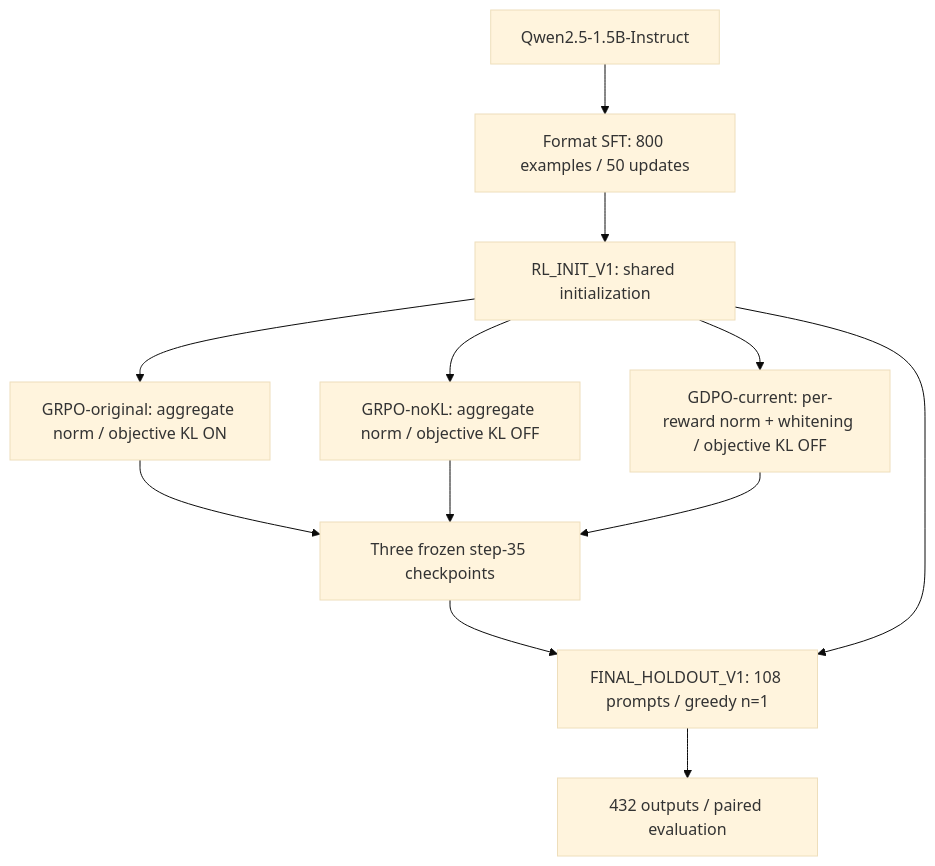
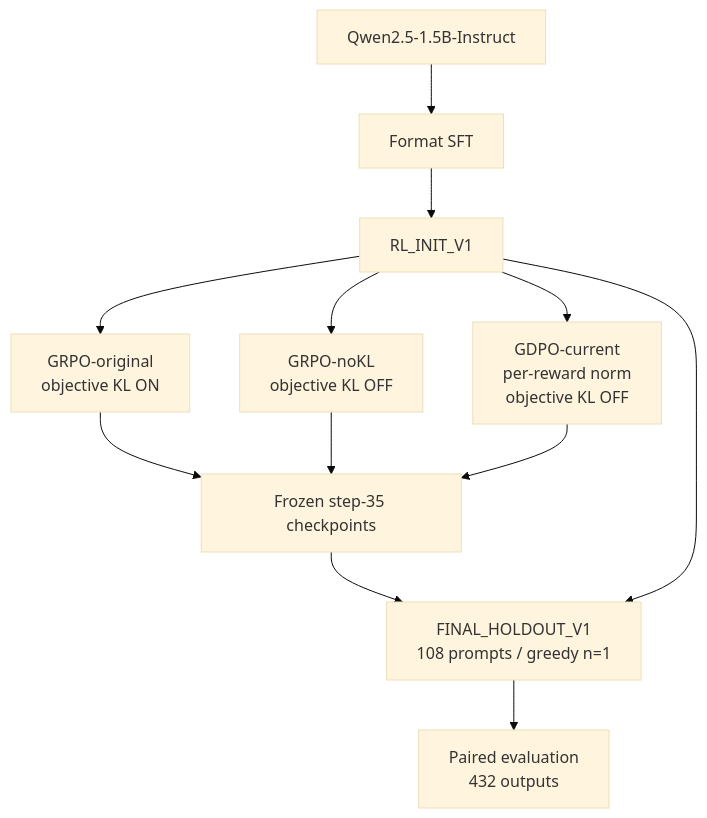
The diagram in README.md (Kk111777/ToolPostTrain), drawn with Mermaid (base theme) before and after one commit. The commit also changed other lines of this file and 1 other file, not shown here.

Commit message:
docs: improve formula and Mermaid readability on GitHub

````diff
--- a/README.md
+++ b/README.md
@@ -58,14 +53,14 @@
 ```mermaid
 flowchart TD
-    Base["Qwen2.5-1.5B-Instruct"] --> SFT["Format SFT: 800 examples / 50 updates"]
-    SFT --> Init["RL_INIT_V1: shared initialization"]
-    Init --> Original["GRPO-original: aggregate norm / objective KL ON"]
-    Init --> NoKL["GRPO-noKL: aggregate norm / objective KL OFF"]
-    Init --> GDPO["GDPO-current: per-reward norm + whitening / objective KL OFF"]
-    Original --> Frozen["Three frozen step-35 checkpoints"]
+    Base["Qwen2.5-1.5B-Instruct"] --> SFT["Format SFT"]
+    SFT --> Init["RL_INIT_V1"]
+    Init --> Original["GRPO-original<br/>objective KL ON"]
+    Init --> NoKL["GRPO-noKL<br/>objective KL OFF"]
+    Init --> GDPO["GDPO-current<br/>per-reward norm<br/>objective KL OFF"]
+    Original --> Frozen["Frozen step-35 checkpoints"]
     NoKL --> Frozen
     GDPO --> Frozen
-    Frozen --> Eval["FINAL_HOLDOUT_V1: 108 prompts / greedy n=1"]
+    Frozen --> Eval["FINAL_HOLDOUT_V1<br/>108 prompts / greedy n=1"]
     Init --> Eval
-    Eval --> Paired["432 outputs / paired evaluation"]
+    Eval --> Paired["Paired evaluation<br/>432 outputs"]
 ```
````
